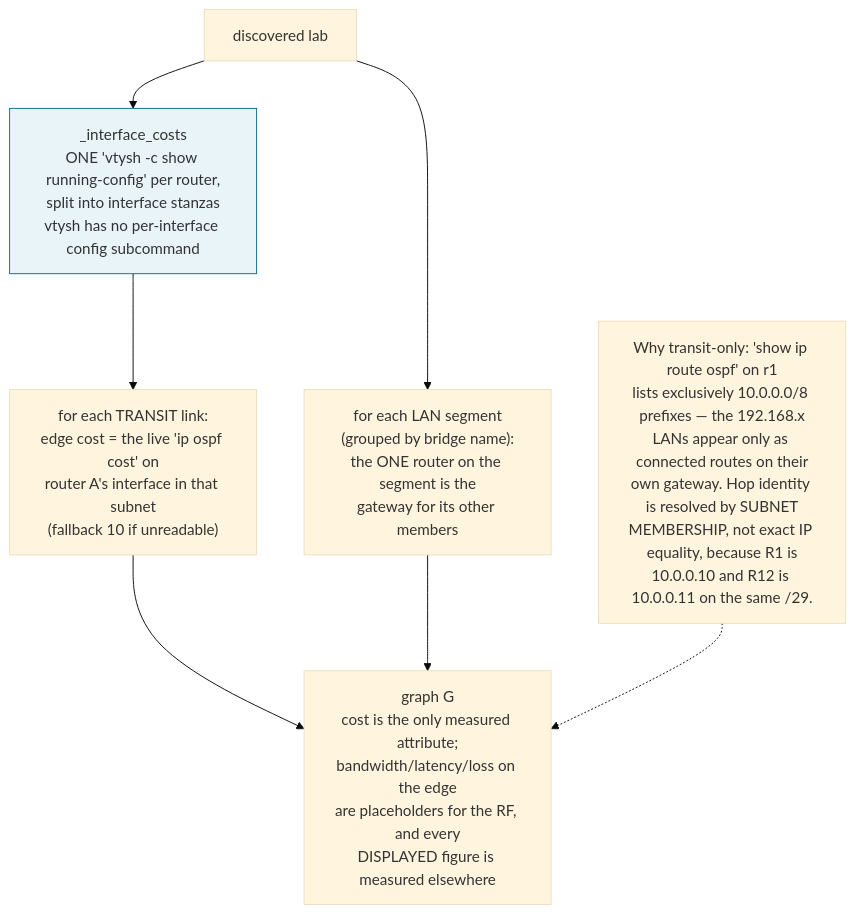
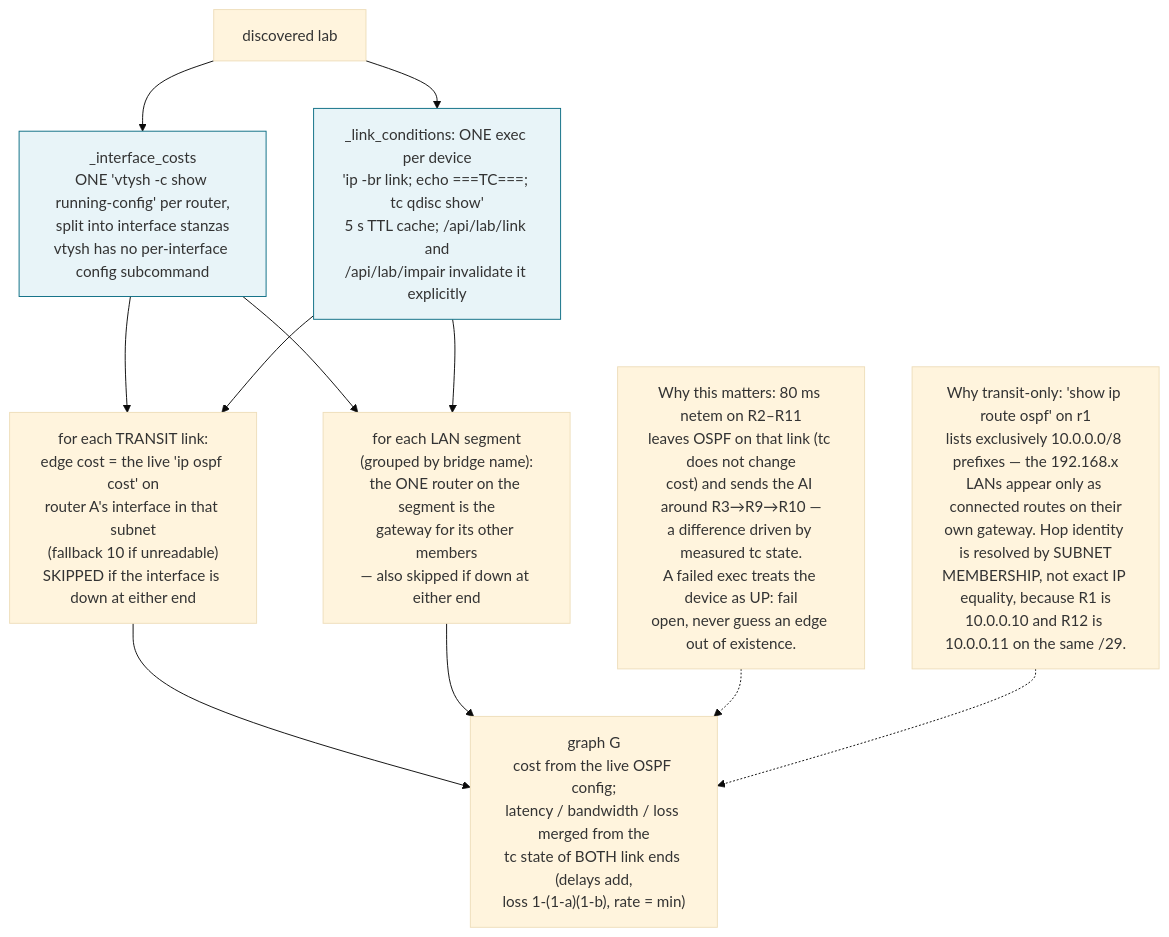
One commit to bhavshetty2003-gif/NetRouteAI changed the eighth of 20 diagrams in docs/ALGORITHM_FLOWCHARTS.md. Above: the diagram before and after it, drawn with Mermaid (base theme). The commit also changed other lines of this file and 24 other files, not shown here.

````diff
--- a/docs/ALGORITHM_FLOWCHARTS.md
+++ b/docs/ALGORITHM_FLOWCHARTS.md
@@ -483,12 +482,18 @@
 ```mermaid
 flowchart TD
     LAB["discovered lab"] --> COSTS["_interface_costs<br/>ONE 'vtysh -c show running-config' per router,<br/>split into interface stanzas<br/>vtysh has no per-interface config subcommand"]
-    COSTS --> TRANSIT["for each TRANSIT link:<br/>edge cost = the live 'ip ospf cost' on<br/>router A's interface in that subnet<br/>(fallback 10 if unreadable)"]
-    LAB --> LAN["for each LAN segment<br/>(grouped by bridge name):<br/>the ONE router on the segment is the<br/>gateway for its other members"]
-    TRANSIT --> JOIN["graph G<br/>cost is the only measured attribute;<br/>bandwidth/latency/loss on the edge<br/>are placeholders for the RF, and every<br/>DISPLAYED figure is measured elsewhere"]
+    LAB --> COND["_link_conditions: ONE exec per device<br/>'ip -br link; echo ===TC===; tc qdisc show'<br/>5 s TTL cache; /api/lab/link and<br/>/api/lab/impair invalidate it explicitly"]
+    COSTS --> TRANSIT["for each TRANSIT link:<br/>edge cost = the live 'ip ospf cost' on<br/>router A's interface in that subnet<br/>(fallback 10 if unreadable)<br/>SKIPPED if the interface is down at either end"]
+    COND --> TRANSIT
+    COSTS --> LAN
+    COND --> LAN["for each LAN segment<br/>(grouped by bridge name):<br/>the ONE router on the segment is the<br/>gateway for its other members<br/>— also skipped if down at either end"]
+    TRANSIT --> JOIN["graph G<br/>cost from the live OSPF config;<br/>latency / bandwidth / loss merged from the<br/>tc state of BOTH link ends (delays add,<br/>loss 1-(1-a)(1-b), rate = min)"]
     LAN --> JOIN
 
-    NOTE["Why transit-only: 'show ip route ospf' on r1<br/>lists exclusively 10.0.0.0/8 prefixes — the 192.168.x<br/>LANs appear only as connected routes on their<br/>own gateway. Hop identity is resolved by SUBNET<br/>MEMBERSHIP, not exact IP equality, because R1 is<br/>10.0.0.10 and R12 is 10.0.0.11 on the same /29."] -.-> JOIN
+    NOTE["Why this matters: 80 ms netem on R2–R11<br/>leaves OSPF on that link (tc does not change<br/>cost) and sends the AI around R3→R9→R10 —<br/>a difference driven by measured tc state.<br/>A failed exec treats the device as UP: fail<br/>open, never guess an edge out of existence."] -.-> JOIN
+
+    NOTE2["Why transit-only: 'show ip route ospf' on r1<br/>lists exclusively 10.0.0.0/8 prefixes — the 192.168.x<br/>LANs appear only as connected routes on their<br/>own gateway. Hop identity is resolved by SUBNET<br/>MEMBERSHIP, not exact IP equality, because R1 is<br/>10.0.0.10 and R12 is 10.0.0.11 on the same /29."] -.-> JOIN
 
     style COSTS fill:#e8f4f8,stroke:#0d6e85
+    style COND fill:#e8f4f8,stroke:#0d6e85
 ```
````
